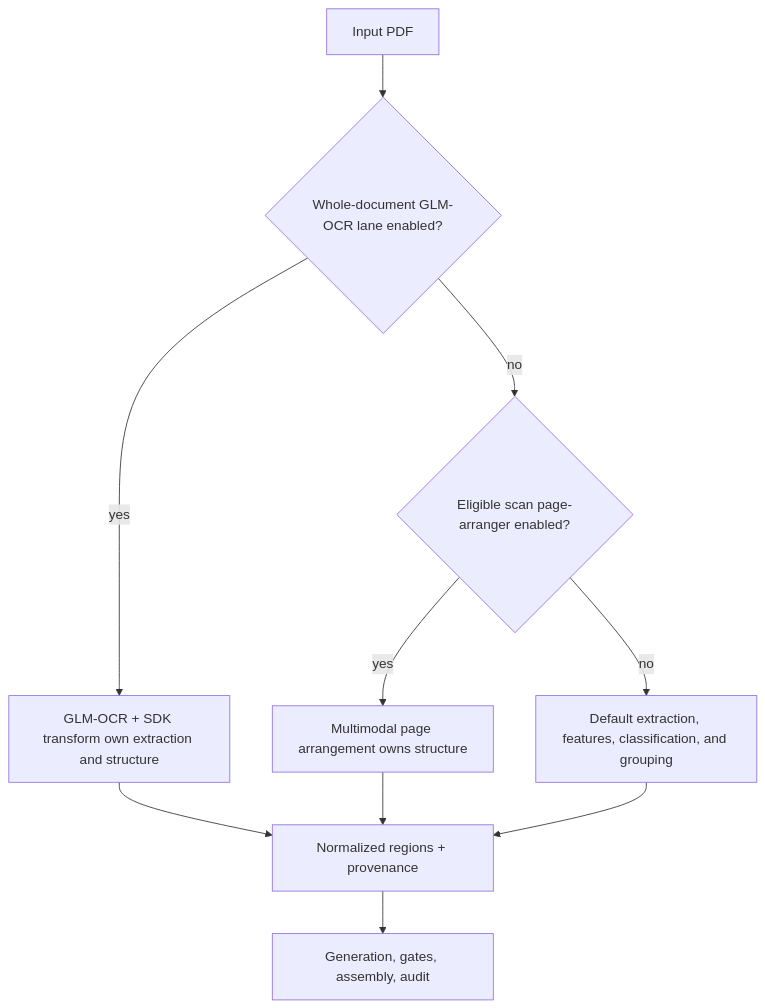
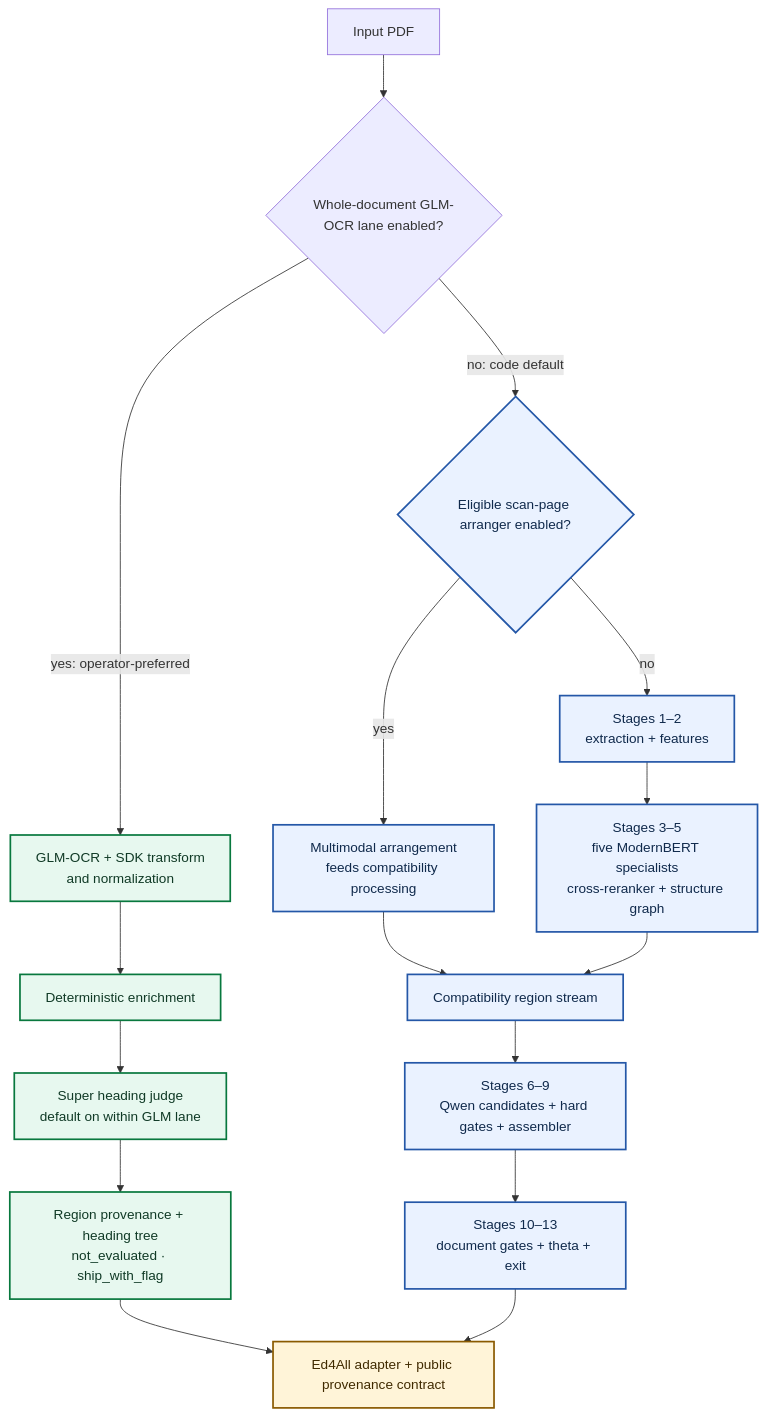
The second of 3 diagrams in SemantiK/architecture.md (mdmurphy822/Ed4All), drawn with Mermaid before and after one commit. The commit also changed other lines of this file and 14 other files, not shown here.

Commit message:
docs(semantik): distinguish preferred and compatibility lanes

````diff
--- a/SemantiK/architecture.md
+++ b/SemantiK/architecture.md
@@ -75,12 +83,27 @@
 ```mermaid
 flowchart TD
     input["Input PDF"] --> glm{"Whole-document GLM-OCR lane enabled?"}
-    glm -->|yes| glmrun["GLM-OCR + SDK transform own extraction and structure"]
-    glm -->|no| page{"Eligible scan page-arranger enabled?"}
-    page -->|yes| arrange["Multimodal page arrangement owns structure"]
-    page -->|no| default["Default extraction, features, classification, and grouping"]
-    glmrun --> common["Normalized regions + provenance"]
-    arrange --> common
-    default --> common
-    common --> generation["Generation, gates, assembly, audit"]
+    glm -->|yes: operator-preferred| glmrun["GLM-OCR + SDK transform<br/>and normalization"]
+    glmrun --> enrich["Deterministic enrichment"]
+    enrich --> judge["Super heading judge<br/>default on within GLM lane"]
+    judge --> glmresult["Region provenance + heading tree<br/>not_evaluated · ship_with_flag"]
+
+    glm -->|no: code default| page{"Eligible scan-page arranger enabled?"}
+    page -->|yes| arrange["Multimodal arrangement<br/>feeds compatibility processing"]
+    page -->|no| extract["Stages 1–2<br/>extraction + features"]
+    extract --> council["Stages 3–5<br/>five ModernBERT specialists<br/>cross-reranker + structure graph"]
+    arrange --> compat["Compatibility region stream"]
+    council --> compat
+    compat --> generation["Stages 6–9<br/>Qwen candidates + hard gates + assembler"]
+    generation --> document["Stages 10–13<br/>document gates + theta + exit"]
+
+    glmresult --> adapter["Ed4All adapter + public provenance contract"]
+    document --> adapter
+
+    classDef preferred fill:#E7F8EF,stroke:#08783E,color:#103A26,stroke-width:2px;
+    classDef compat fill:#EAF2FF,stroke:#2457A7,color:#102A4C,stroke-width:2px;
+    classDef contract fill:#FFF4D8,stroke:#8A5A00,color:#402A00,stroke-width:2px;
+    class glmrun,enrich,judge,glmresult preferred;
+    class page,arrange,extract,council,compat,generation,document compat;
+    class adapter contract;
 ```
````
